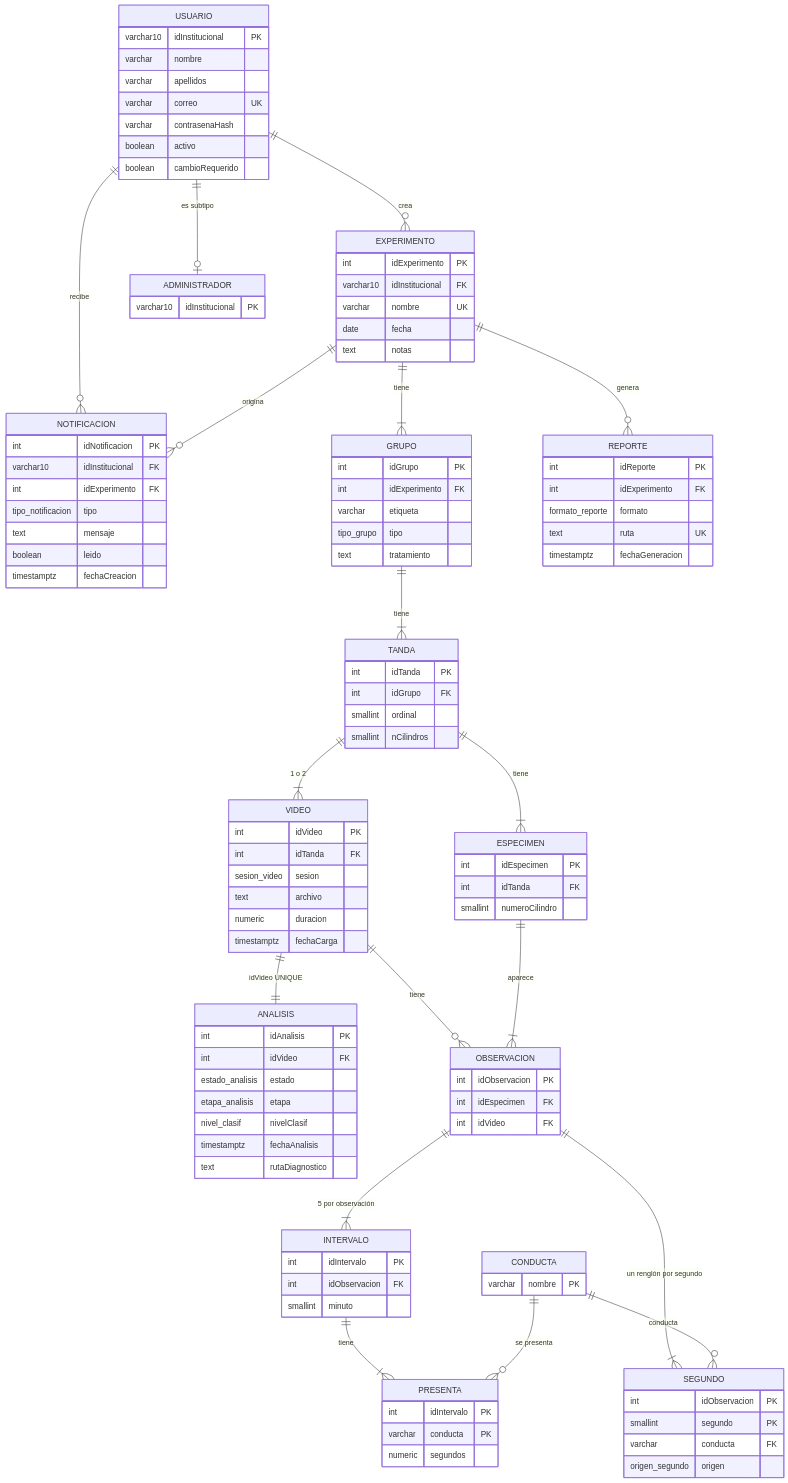
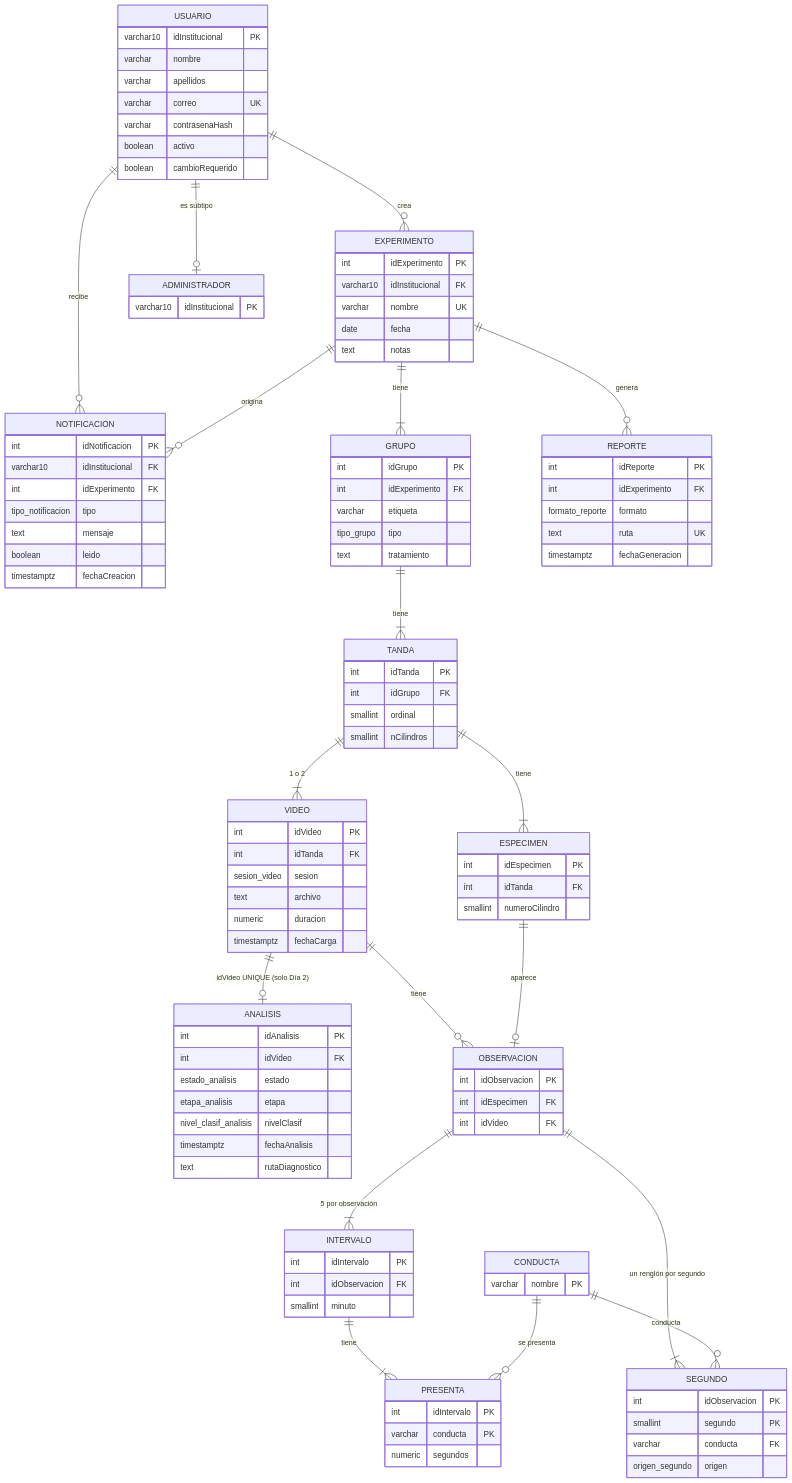
The fourth of 39 diagrams in INSTRUCCIONES-WEB.md (ErickJester/fst-ai-system-latex), drawn with Mermaid before and after one commit. The commit also changed other lines of this file, not shown here.

First line of the commit message:
Reescribir y ajustar INSTRUCCIONES-WEB.md para que otro Claude pueda construir back y front solo con la guia

```diff
--- a/INSTRUCCIONES-WEB.md
+++ b/INSTRUCCIONES-WEB.md
@@ -320,9 +411,9 @@
   GRUPO ||--|{ TANDA : tiene
   TANDA ||--|{ ESPECIMEN : tiene
   TANDA ||--|{ VIDEO : "1 o 2"
-  VIDEO ||--|| ANALISIS : "idVideo UNIQUE"
+  VIDEO ||--o| ANALISIS : "idVideo UNIQUE (solo Día 2)"
   VIDEO ||--o{ OBSERVACION : tiene
-  ESPECIMEN ||--|{ OBSERVACION : aparece
+  ESPECIMEN ||--o| OBSERVACION : aparece
   OBSERVACION ||--|{ INTERVALO : "5 por observación"
   INTERVALO ||--|{ PRESENTA : tiene
   CONDUCTA ||--o{ PRESENTA : "se presenta"
@@ -363,7 +454,7 @@
              int idVideo FK
              estado_analisis estado
              etapa_analisis etapa
-             nivel_clasif nivelClasif
+             nivel_clasif_analisis nivelClasif
              timestamptz fechaAnalisis
              text rutaDiagnostico }
   OBSERVACION { int idObservacion PK
```
